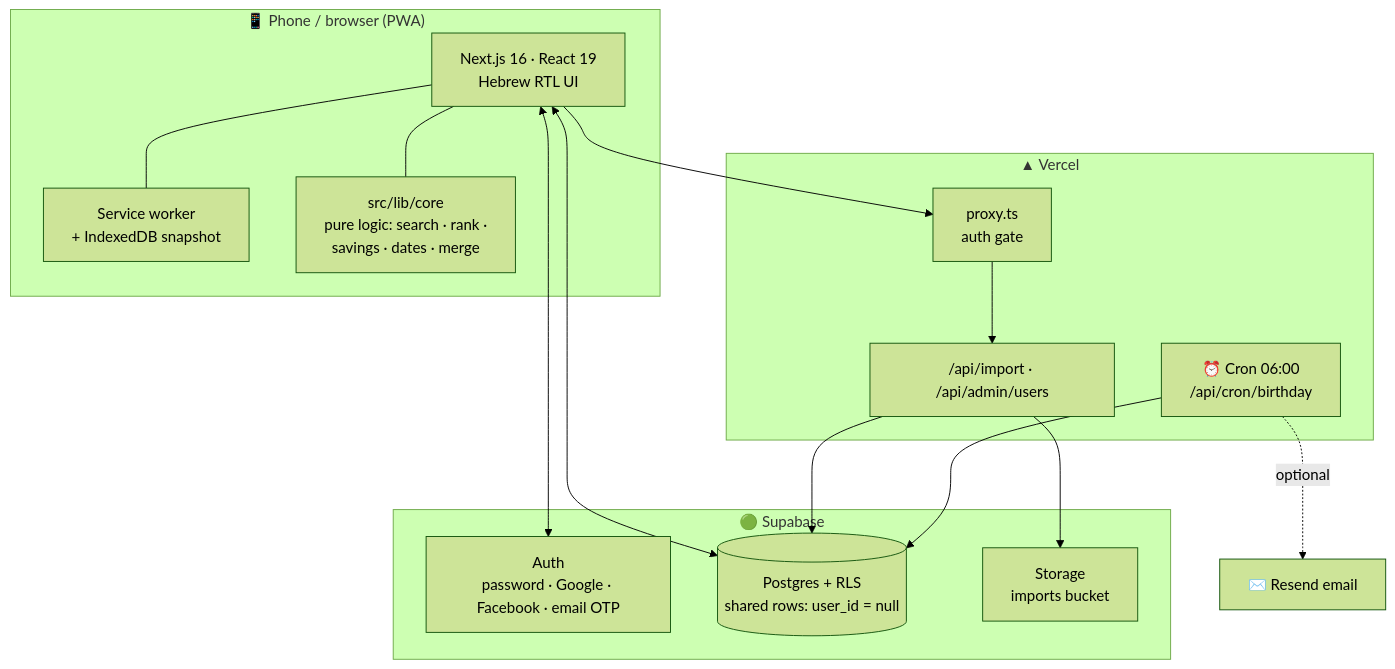
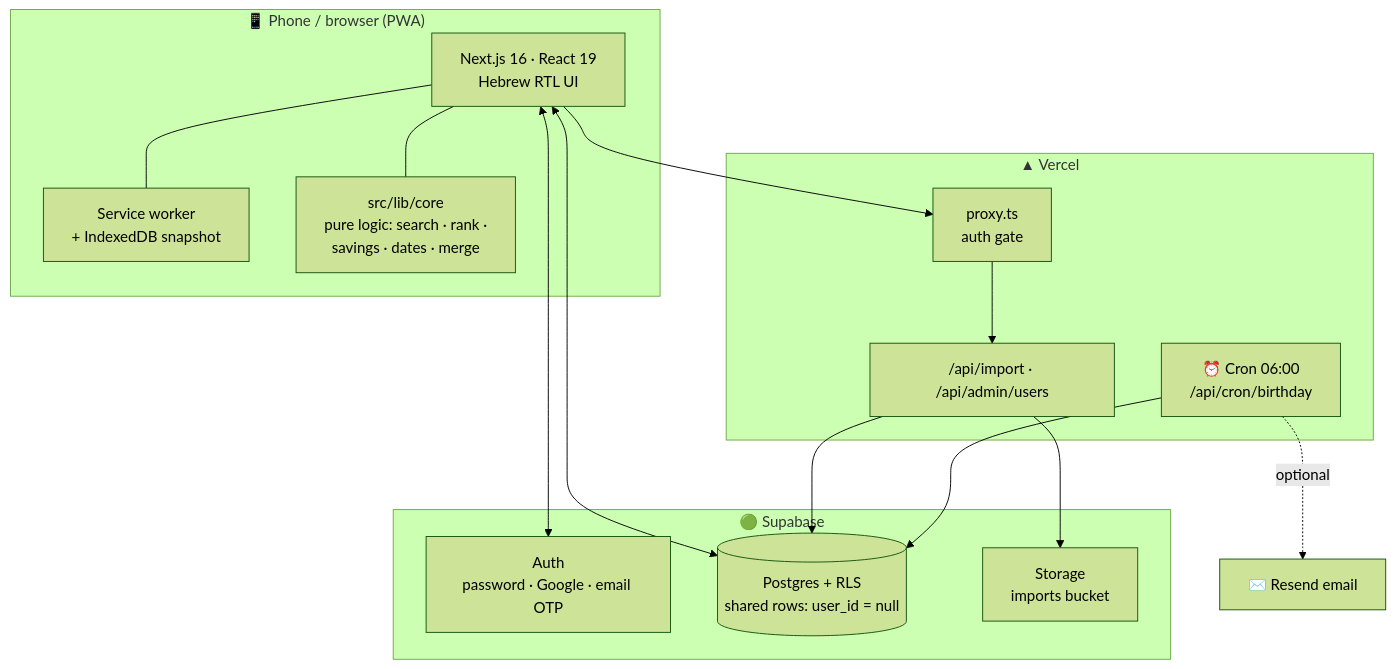
One commit to Gabrielab5/benefits-finder changed the second of 3 diagrams in README.md. Above: the diagram before and after it, drawn with Mermaid (forest theme). The commit also changed other lines of this file and 4 other files, not shown here.

````diff
--- a/README.md
+++ b/README.md
@@ -175,27 +175,27 @@
 ```mermaid
 flowchart TB
     subgraph Device["📱 Phone / browser (PWA)"]
         UI["Next.js 16 · React 19<br/>Hebrew RTL UI"]
         SW["Service worker<br/>+ IndexedDB snapshot"]
         Core["src/lib/core<br/>pure logic: search · rank ·<br/>savings · dates · merge"]
         UI --- Core
         UI --- SW
     end
     subgraph Vercel["▲ Vercel"]
         Proxy["proxy.ts<br/>auth gate"]
         API["/api/import · /api/admin/users"]
         Cron["⏰ Cron 06:00<br/>/api/cron/birthday"]
     end
     subgraph Supabase["🟢 Supabase"]
-        Auth["Auth<br/>password · Google · Facebook · email OTP"]
+        Auth["Auth<br/>password · Google · email OTP"]
         DB[("Postgres + RLS<br/>shared rows: user_id = null")]
         Store["Storage<br/>imports bucket"]
     end
     UI --> Proxy --> API
     UI <--> Auth
     UI <--> DB
     API --> DB
     API --> Store
     Cron --> DB
     Cron -. optional .-> Resend["✉️ Resend email"]
 ```
````
